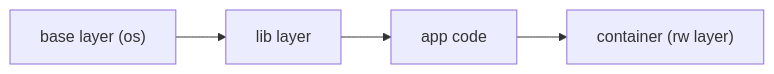
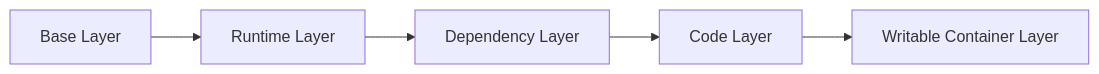
Before and after one commit to yeongseon-books/book-content: the diagram in docs/ko/containers-101/02-image-and-layer.md, drawn with Mermaid. The commit also changed other lines of this file and 4143 other files, not shown here.

````diff
--- a/docs/ko/containers-101/02-image-and-layer.md
+++ b/docs/ko/containers-101/02-image-and-layer.md
@@ -33,6 +414,7 @@
 ```mermaid
 flowchart LR
-    Base["base layer (os)"] --> Lib["lib layer"]
-    Lib --> Code["app code"]
-    Code --> Container["container (rw layer)"]
+    B["Base Layer"] --> R["Runtime Layer"]
+    R --> D["Dependency Layer"]
+    D --> C["Code Layer"]
+    C --> W["Writable Container Layer"]
 ```
````
